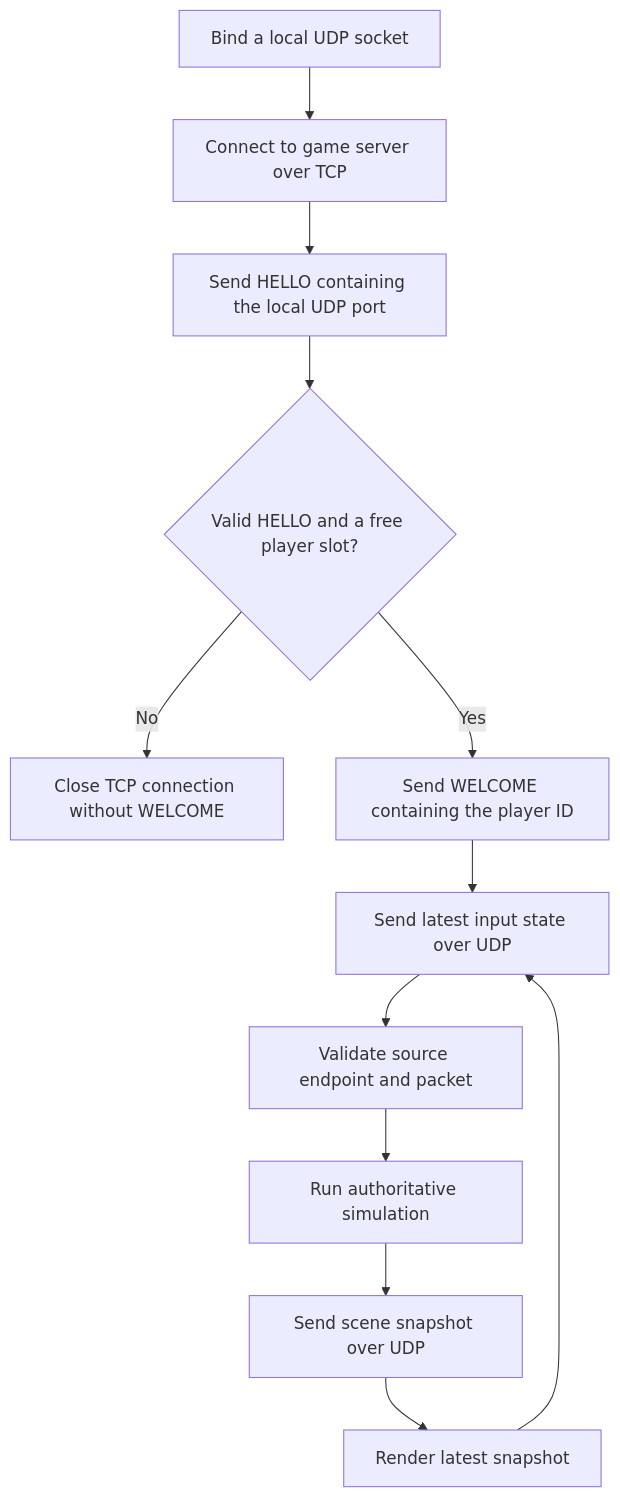
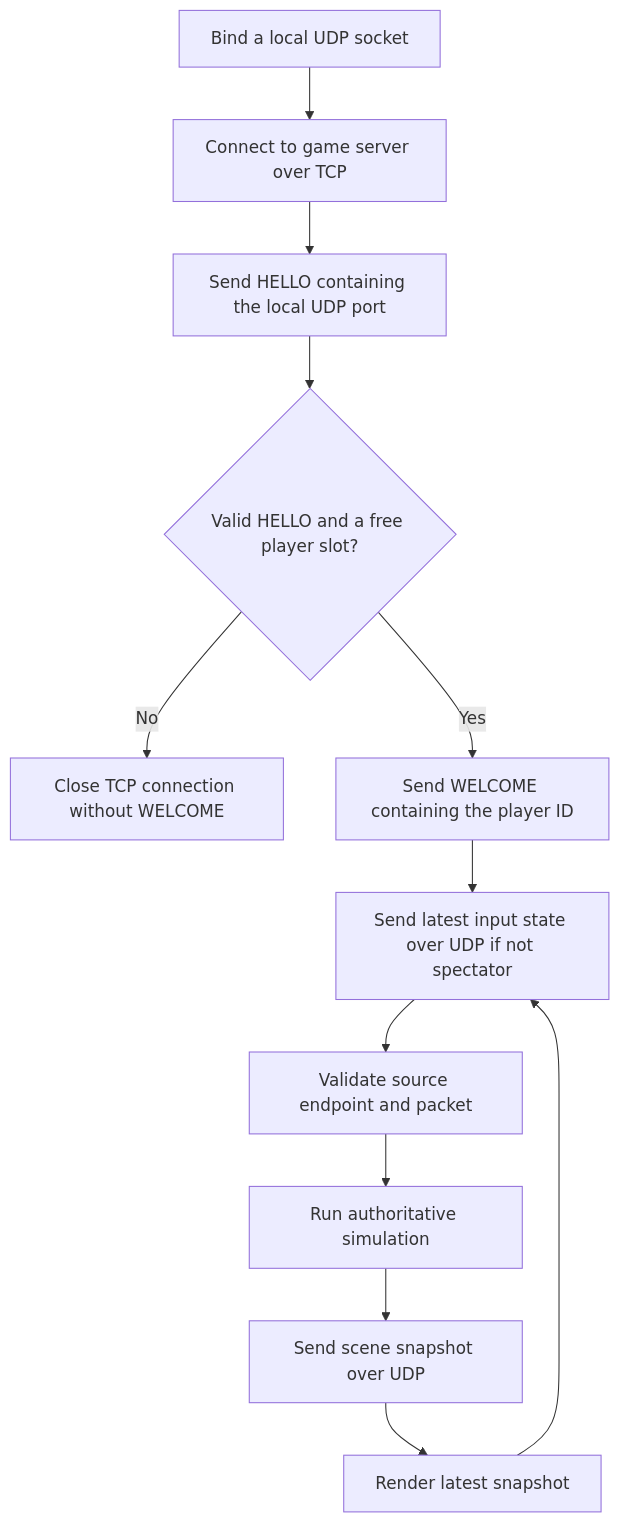
The third of 5 diagrams in docs/server_system.md (Haj-Dev/R-Type), drawn with Mermaid before and after one commit. The commit also changed other lines of this file and 11 other files, not shown here.

````diff
--- a/docs/server_system.md
+++ b/docs/server_system.md
@@ -161,14 +161,14 @@
 ```mermaid
 flowchart TD
     A[Bind a local UDP socket] --> B[Connect to game server over TCP]
     B --> C[Send HELLO containing the local UDP port]
     C --> D{Valid HELLO and a free player slot?}
     D -- No --> E[Close TCP connection without WELCOME]
     D -- Yes --> F[Send WELCOME containing the player ID]
-    F --> G[Send latest input state over UDP]
+    F --> G[Send latest input state over UDP if not spectator]
     G --> H[Validate source endpoint and packet]
     H --> I[Run authoritative simulation]
     I --> J[Send scene snapshot over UDP]
     J --> K[Render latest snapshot]
     K --> G
 ```
````
